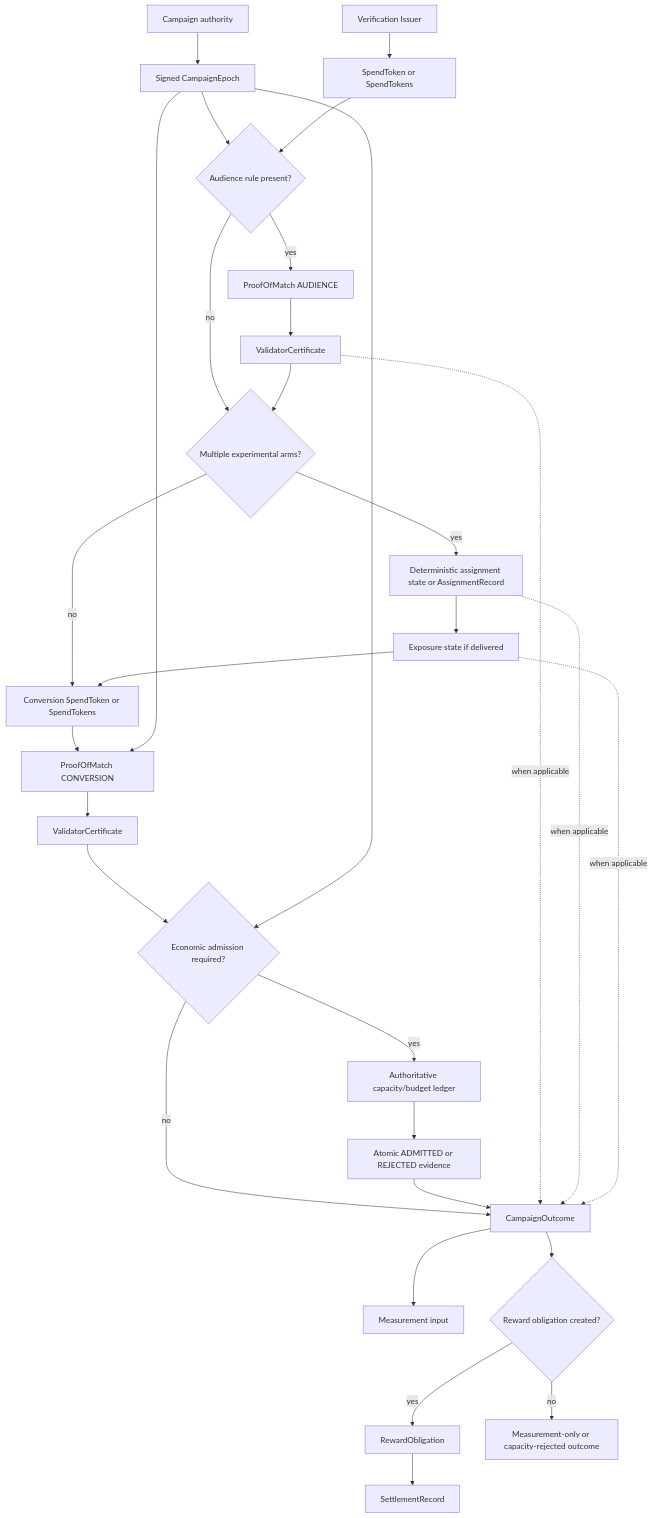
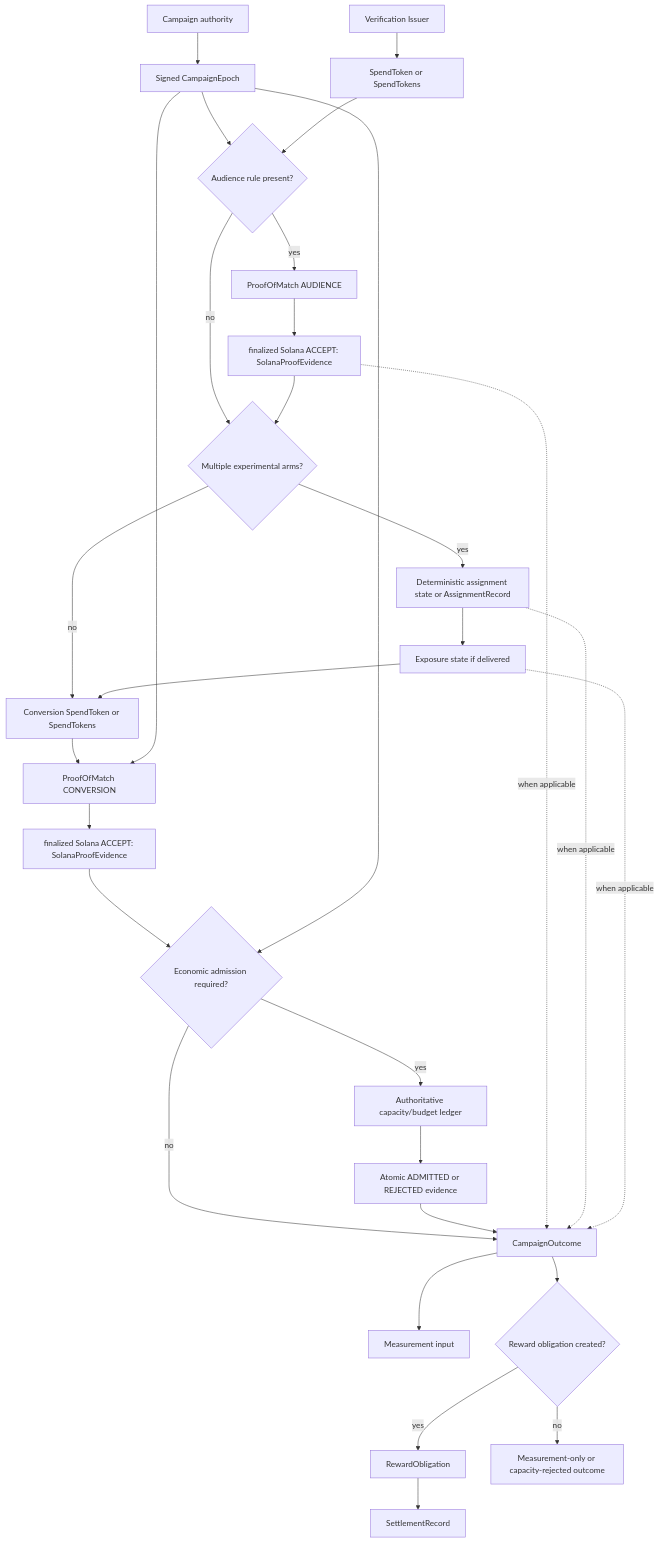
Before and after one commit to crinkl-protocol/crinkl-protocol-spec: the diagram in diagrams/campaign-architecture.md, drawn with Mermaid. The commit also changed other lines of this file and 12 other files, not shown here.

First line of the commit message:
spec(campaigns): adopt finalized Solana acceptance as the Campaign proof path

````diff
--- a/diagrams/campaign-architecture.md
+++ b/diagrams/campaign-architecture.md
@@ -6,37 +6,37 @@
 ```mermaid
 flowchart TD
   CA[Campaign authority] --> CE[Signed CampaignEpoch]
   VI[Verification Issuer] --> ST[SpendToken or SpendTokens]
 
   CE --> AR{Audience rule present?}
   ST --> AR
   AR -- yes --> PA[ProofOfMatch AUDIENCE]
-  PA --> VAC[ValidatorCertificate]
+  PA --> VAC[finalized Solana ACCEPT: SolanaProofEvidence]
   AR -- no --> EXP{Multiple experimental arms?}
   VAC --> EXP
 
   EXP -- yes --> AS[Deterministic assignment state or AssignmentRecord]
   AS --> EX[Exposure state if delivered]
   EXP -- no --> CT[Conversion SpendToken or SpendTokens]
   EX --> CT
 
   CT --> PC[ProofOfMatch CONVERSION]
   CE --> PC
-  PC --> VCC[ValidatorCertificate]
+  PC --> VCC[finalized Solana ACCEPT: SolanaProofEvidence]
   VCC --> EA{Economic admission required?}
 
   CE --> EA
   EA -- yes --> AL[Authoritative capacity/budget ledger]
   AL --> AD[Atomic ADMITTED or REJECTED evidence]
   EA -- no --> CO[CampaignOutcome]
   AD --> CO
   VAC -. when applicable .-> CO
   AS -. when applicable .-> CO
   EX -. when applicable .-> CO
 
   CO --> MEAS[Measurement input]
   CO --> ENT{Reward obligation created?}
   ENT -- yes --> RO[RewardObligation]
   RO --> SR[SettlementRecord]
   ENT -- no --> STOP[Measurement-only or capacity-rejected outcome]
 ```
````
